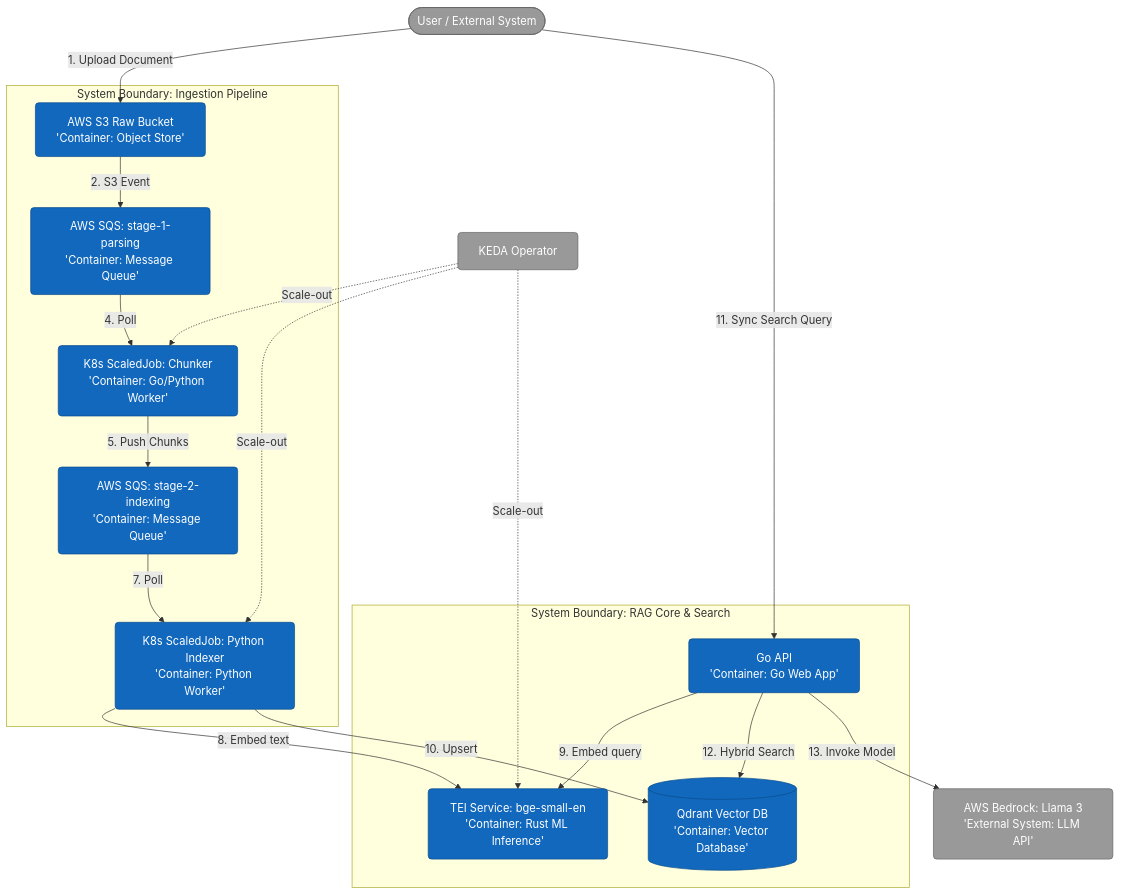
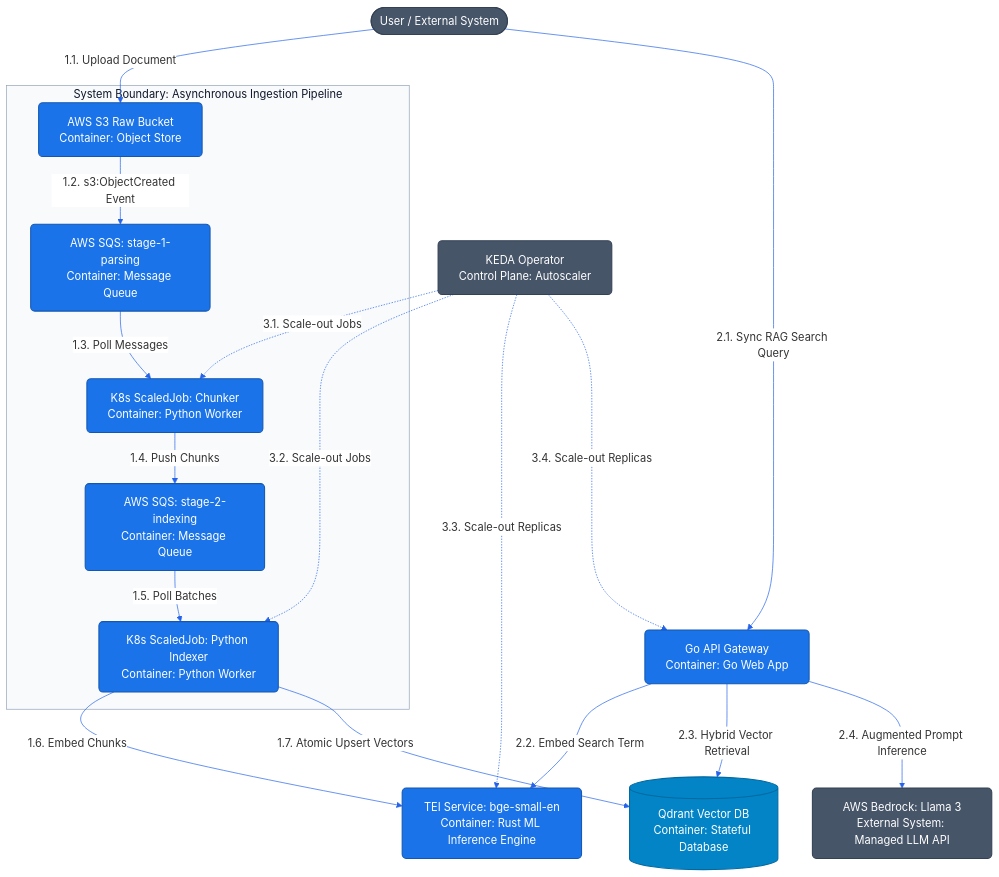
The diagram in docs/architecture.md (maksimillian1/simple-rag), drawn with Mermaid before and after one commit. The commit also changed other lines of this file and 4 other files, not shown here.

Commit message:
SR: Add api autoscale and fix for the diagram

````diff
--- a/docs/architecture.md
+++ b/docs/architecture.md
@@ -38,46 +38,64 @@
 ```mermaid
 graph TB
-    %% Styles
-    classDef container fill:#1168bd,stroke:#0b4c8c,color:#ffffff,rx:5px;
-    classDef external fill:#999999,stroke:#666666,color:#ffffff,rx:5px;
-    classDef boundary fill:none,stroke:#444444,stroke-width:2px,stroke-dasharray: 5 5;
+    %%{init: {
+      'theme': 'base', 
+      'themeVariables': { 
+        'darkMode': false,
+        'background': 'transparent',
+        'lineColor': '#2563eb',
+        'edgeLabelBackground':'#ffffff',
+        'nodeBorder': '#2563eb',
+        'clusterBkg': '#f8fafc',
+        'clusterBorder': '#94a3b8',
+        'titleColor': '#0f172a'
+      }
+    }}%%
 
-    User([User / External System]):::external -->|1. Upload Document| S3[AWS S3 Raw Bucket<br/>'Container: Object Store']:::container
-    User -->|11. Sync Search Query| GoAPI
+    %% Class definitions
+    classDef container fill:#1a73e8,stroke:#1557b0,color:#ffffff,rx:6px,stroke-width:1.5px;
+    classDef external fill:#475569,stroke:#334155,color:#ffffff,rx:6px,stroke-width:1.5px;
+    classDef database fill:#0284c7,stroke:#0369a1,color:#ffffff,rx:6px,stroke-width:1.5px;
 
-    %% SYSTEM BOUNDARY: Ingestion
-    subgraph Ingestion_System [System Boundary: Ingestion Pipeline]
-        SQS1[AWS SQS: stage-1-parsing<br/>'Container: Message Queue']:::container
-        Job1[K8s ScaledJob: Chunker<br/>'Container: Go/Python Worker']:::container
-        SQS2[AWS SQS: stage-2-indexing<br/>'Container: Message Queue']:::container
-        Indexer[K8s ScaledJob: Python Indexer<br/>'Container: Python Worker']:::container
+    %% External Entities
+    User([User / External System]):::external
+    Bedrock[AWS Bedrock: Llama 3<br/>External System: Managed LLM API]:::external
+    KEDA[KEDA Operator<br/>Control Plane: Autoscaler]:::external
 
-        S3 -->|2. S3 Event| SQS1
-        SQS1 -->|4. Poll| Job1
-        Job1 -->|5. Push Chunks| SQS2
-        SQS2 -->|7. Poll| Indexer
+    %% Core Application Components
+    GoAPI[Go API Gateway<br/>Container: Go Web App]:::container
+    TEI[TEI Service: bge-small-en<br/>Container: Rust ML Inference Engine]:::container
+    Qdrant[(Qdrant Vector DB<br/>Container: Stateful Database)]:::database
+
+    %% COMPOSITE SYSTEM BOUNDARY: Ingestion Pipeline
+    subgraph Ingestion_Pipeline [System Boundary: Asynchronous Ingestion Pipeline]
+        S3[AWS S3 Raw Bucket<br/>Container: Object Store]:::container
+        SQS1[AWS SQS: stage-1-parsing<br/>Container: Message Queue]:::container
+        Job1[K8s ScaledJob: Chunker<br/>Container: Python Worker]:::container
+        SQS2[AWS SQS: stage-2-indexing<br/>Container: Message Queue]:::container
+        Indexer[K8s ScaledJob: Python Indexer<br/>Container: Python Worker]:::container
+
+        S3 -->|1.2. s3:ObjectCreated Event| SQS1
+        SQS1 -->|1.3. Poll Messages| Job1
+        Job1 -->|1.4. Push Chunks| SQS2
+        SQS2 -->|1.5. Poll Batches| Indexer
     end
 
-    %% SYSTEM BOUNDARY: Core RAG Storage & Inference
-    subgraph RAG_Core_System [System Boundary: RAG Core & Search]
-        GoAPI[Go API<br/>'Container: Go Web App']:::container
-        TEI[TEI Service: bge-small-en<br/>'Container: Rust ML Inference']:::container
-        Qdrant[(Qdrant Vector DB<br/>'Container: Vector Database')]:::container
+    %% External Ingress Flows
+    User -->|1.1. Upload Document| S3
+    User -->|2.1. Sync RAG Search Query| GoAPI
 
-        Indexer -->|8. Embed text| TEI
-        Indexer -->|10. Upsert| Qdrant
-        
-        GoAPI -->|9. Embed query| TEI
-        GoAPI -->|12. Hybrid Search| Qdrant
-    end
+    %% Async Ingestion Processing Flows
+    Indexer -->|1.6. Embed Chunks| TEI
+    Indexer -->|1.7. Atomic Upsert Vectors| Qdrant
 
-    %% External System Boundary
-    GoAPI -->|13. Invoke Model| Bedrock[AWS Bedrock: Llama 3<br/>'External System: LLM API']:::external
+    %% Sync Query Processing Flows
+    GoAPI -->|2.2. Embed Search Term| TEI
+    GoAPI -->|2.3. Hybrid Vector Retrieval| Qdrant
+    GoAPI -->|2.4. Augmented Prompt Inference| Bedrock
 
-    %% KEDA Controls (Cross-cutting infrastructure)
-    KEDA[KEDA Operator]:::external -.->|Scale-out| Job1
-    KEDA -.->|Scale-out| Indexer
-    KEDA -.->|Scale-out| TEI
-
-    classDef Container Boundary boundary;
+    %% Control Plane Scaling Relationships
+    KEDA -.->|3.1. Scale-out Jobs| Job1
+    KEDA -.->|3.2. Scale-out Jobs| Indexer
+    KEDA -.->|3.3. Scale-out Replicas| TEI
+    KEDA -.->|3.4. Scale-out Replicas| GoAPI
 ```
````
